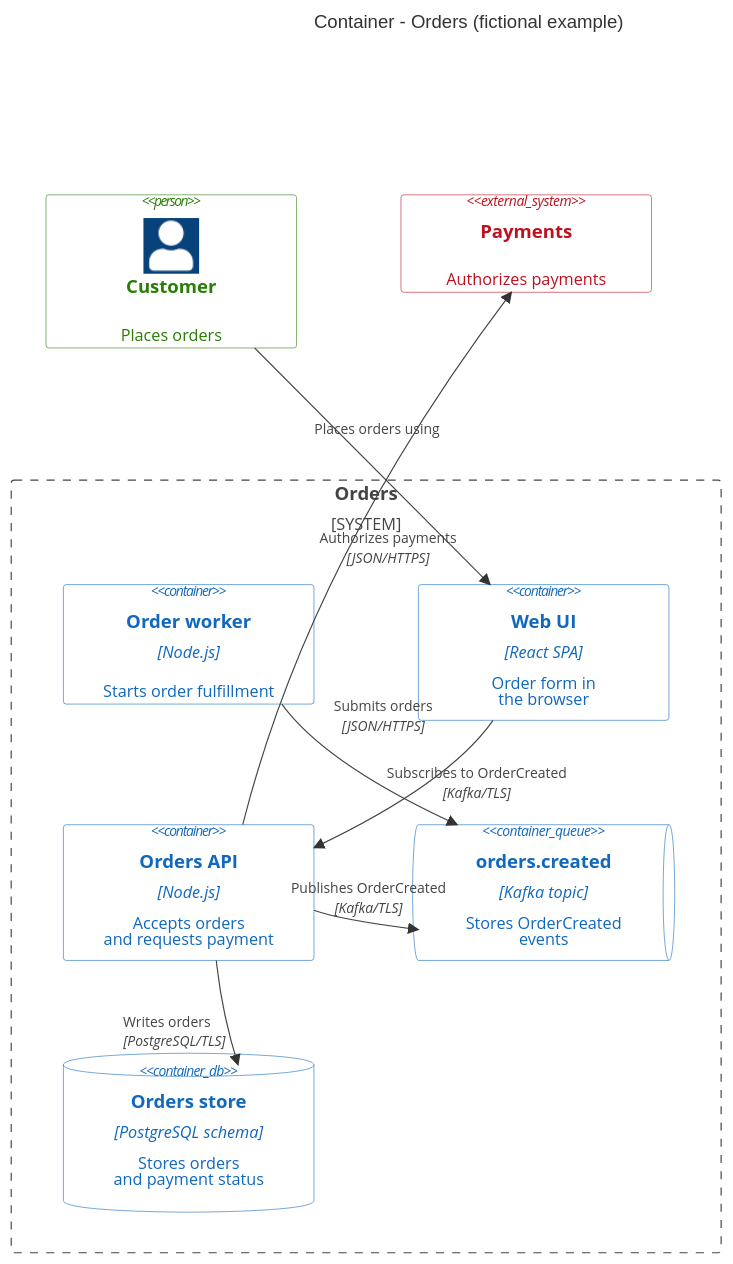
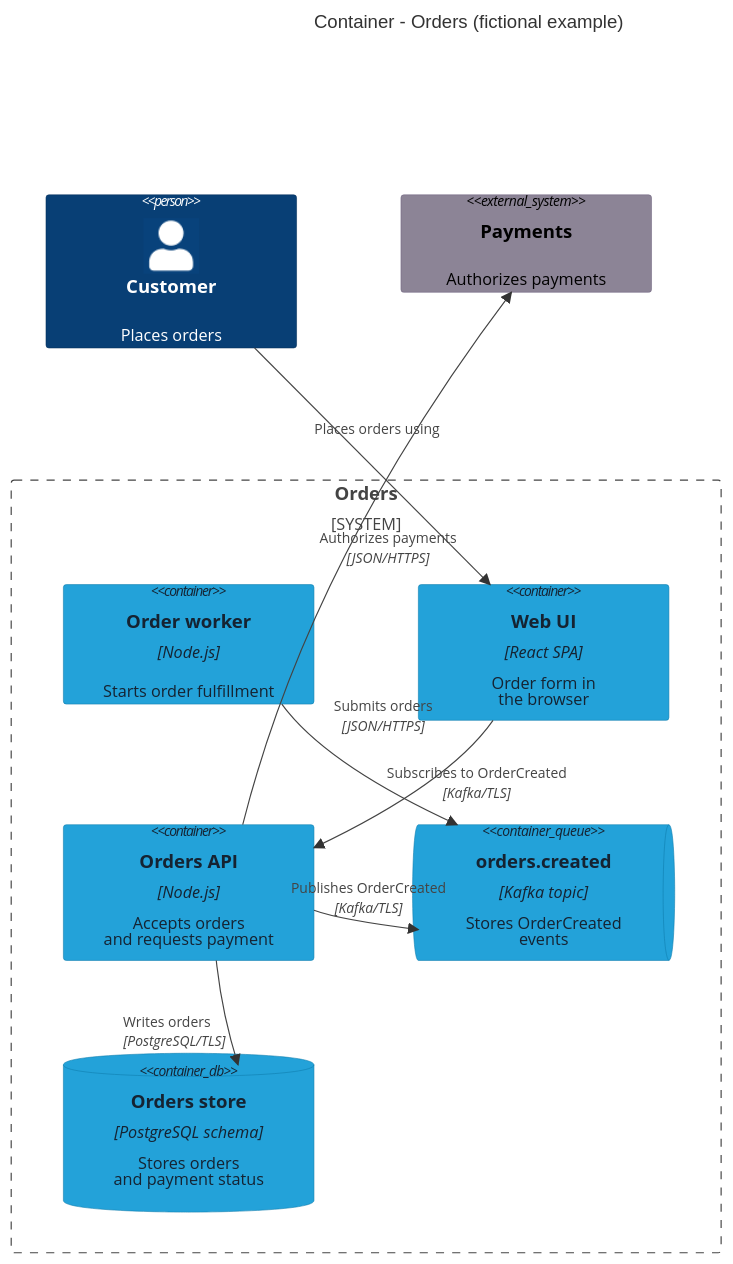
Before and after one commit to eccodolf/c4-mermaid: the diagram in assets/templates/container.mmd, drawn with Mermaid. The commit also changed 134 other files, not shown here.

Commit message:
Require supplied native C4 assets and bundle reusable draw.io library

```diff
--- a/assets/templates/container.mmd
+++ b/assets/templates/container.mmd
@@ -1,45 +1,48 @@
 ---
 config:
   c4:
     c4ShapeMargin: 45
     c4ShapePadding: 10
     diagramMarginX: 15
     diagramMarginY: 15
 ---
 C4Container
 title Container - Orders (fictional example)
 Person(customer, "Customer", "Places orders")
 System_Ext(payments, "Payments", "Authorizes payments")
 System_Boundary(orders, "Orders") {
   Container(worker, "Order worker", "Node.js", "Starts order fulfillment")
   Container(web, "Web UI", "React SPA", "Order form in<br/>the browser")
   Container(api, "Orders API", "Node.js", "Accepts orders<br/>and requests payment")
   ContainerQueue(topic, "orders.created", "Kafka topic", "Stores OrderCreated<br/>events")
   ContainerDb(db, "Orders store", "PostgreSQL schema", "Stores orders<br/>and payment status")
 }
 Rel(customer, web, "Places orders using")
 Rel(web, api, "Submits orders", "JSON/HTTPS")
 Rel(api, db, "Writes orders", "PostgreSQL/TLS")
 Rel(api, payments, "Authorizes payments", "JSON/HTTPS")
 Rel(api, topic, "Publishes OrderCreated", "Kafka/TLS")
 Rel(worker, topic, "Subscribes to OrderCreated", "Kafka/TLS")
-UpdateElementStyle(customer, $bgColor="#FFFFFF", $fontColor="#297E06", $borderColor="#297E06")
-UpdateElementStyle(payments, $bgColor="#FFFFFF", $fontColor="#BF101D", $borderColor="#BF101D")
-UpdateElementStyle(web, $bgColor="#FFFFFF", $fontColor="#1168BD", $borderColor="#1168BD")
-UpdateElementStyle(api, $bgColor="#FFFFFF", $fontColor="#1168BD", $borderColor="#1168BD")
-UpdateElementStyle(worker, $bgColor="#FFFFFF", $fontColor="#1168BD", $borderColor="#1168BD")
-UpdateElementStyle(db, $bgColor="#FFFFFF", $fontColor="#1168BD", $borderColor="#1168BD")
-UpdateElementStyle(topic, $bgColor="#FFFFFF", $fontColor="#1168BD", $borderColor="#1168BD")
+UpdateElementStyle(customer, $bgColor="#083F75", $fontColor="#FFFFFF", $borderColor="#06315C")
+UpdateElementStyle(payments, $bgColor="#8C8496", $fontColor="#000000", $borderColor="#736782")
+UpdateElementStyle(web, $bgColor="#23A2D9", $fontColor="#152332", $borderColor="#0E7DAD")
+UpdateElementStyle(api, $bgColor="#23A2D9", $fontColor="#152332", $borderColor="#0E7DAD")
+UpdateElementStyle(worker, $bgColor="#23A2D9", $fontColor="#152332", $borderColor="#0E7DAD")
+UpdateElementStyle(db, $bgColor="#23A2D9", $fontColor="#152332", $borderColor="#0E7DAD")
+UpdateElementStyle(topic, $bgColor="#23A2D9", $fontColor="#152332", $borderColor="#0E7DAD")
 UpdateRelStyle(customer, web, $offsetX="-50", $offsetY="-35")
 UpdateRelStyle(web, api, $offsetX="-60", $offsetY="-70")
 UpdateRelStyle(api, payments, $offsetX="-50", $offsetY="-20")
 UpdateRelStyle(api, db, $offsetX="-90", $offsetY="5")
 UpdateRelStyle(api, topic, $offsetX="-65", $offsetY="-30")
 UpdateRelStyle(worker, topic, $offsetX="15", $offsetY="5")
 UpdateLayoutConfig($c4ShapeInRow="3", $c4BoundaryInRow="1")
 
-%% legend: White fill. Green = Customer, blue = Orders elements, red = external Payments system.
+%% legend: Canonical draw.io C4 roles: dark blue Person, blue System, cyan Container, light cyan Component, muted violet external System. Mermaid glyphs adapt the native assets.
 %% legend: Person = actor. Rectangle = application/system with an explicit type. Vertical cylinder = database. Horizontal cylinder = named Kafka topic.
-%% legend: Frame = logical system boundary. Native C4 uses a neutral dashed frame here, adapting the reference solid blue frame.
+%% legend: Frame = logical system boundary. Native Mermaid uses a neutral dashed scope frame; the exact native companion preserves the canonical rounded frame and bottom label.
 %% legend: Arrows describe dependencies through their action/protocol labels. A dashed line does not itself mean async.
 %% legend: Sizes accommodate content and carry no extra architectural meaning. Neutral relationship colors add no extra meaning. Arrowheads indicate the labeled direction.
+
+
+%% legend: Exact C4 shapes require the native draw.io companion; Mermaid syntax cannot import the native assets.
```
